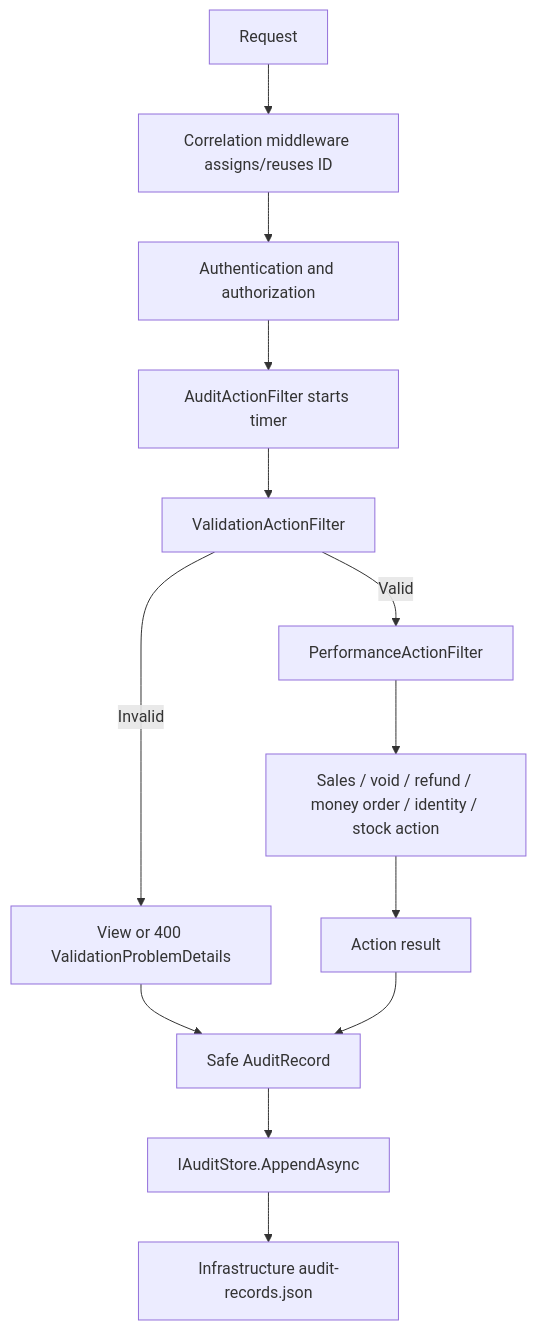
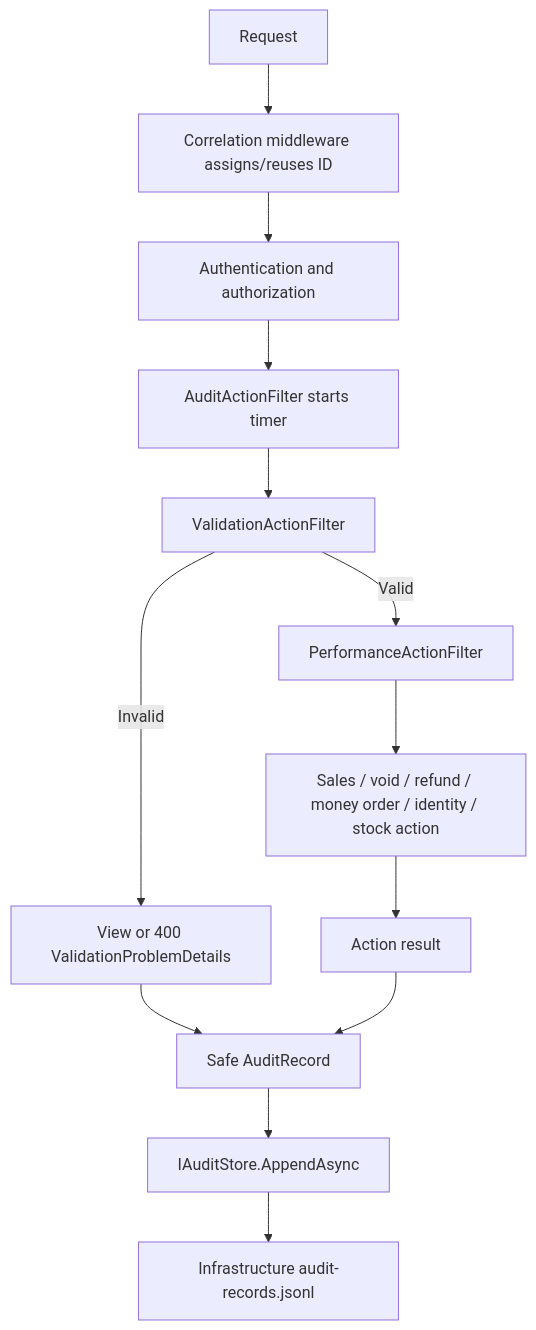
Before and after one commit to NarendraDappili/ApexPostLogisticsRepo: diagram 28 of 32 in DESIGN.md, drawn with Mermaid. The commit also changed other lines of this file and 101 other files, not shown here.

````diff
--- a/DESIGN.md
+++ b/DESIGN.md
@@ -498,15 +499,15 @@
 ```mermaid
 flowchart TD
     Request --> Correlation[Correlation middleware assigns/reuses ID]
     Correlation --> Auth[Authentication and authorization]
     Auth --> Audit[AuditActionFilter starts timer]
     Audit --> Validation[ValidationActionFilter]
     Validation -->|Invalid| Invalid[View or 400 ValidationProblemDetails]
     Validation -->|Valid| Performance[PerformanceActionFilter]
     Performance --> Action[Sales / void / refund / money order / identity / stock action]
     Action --> Result[Action result]
     Invalid --> Record[Safe AuditRecord]
     Result --> Record
     Record --> Store[IAuditStore.AppendAsync]
-    Store --> Json[Infrastructure audit-records.json]
+    Store --> Json[Infrastructure audit-records.jsonl]
 ```
````
